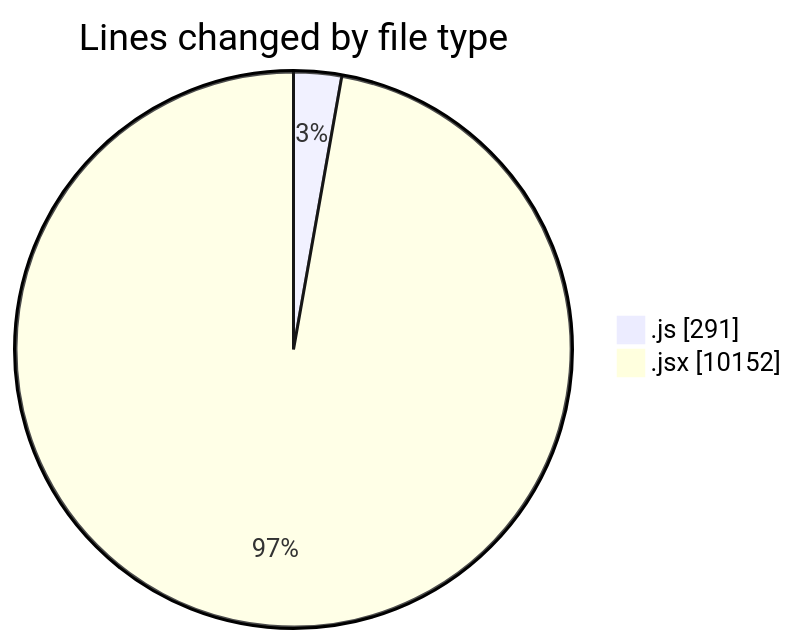
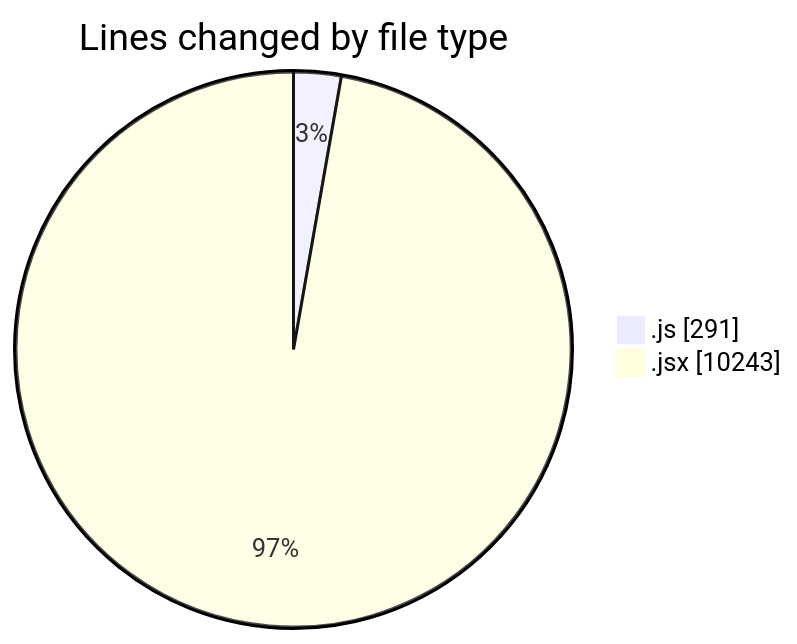
One commit to nxtqubesakshisongat/code-tracking changed the first of 2 diagrams in 2025-07-28/nxtqube_webapp/README.md. Above: the diagram before and after it, drawn with Mermaid. The commit also changed other lines of this file and 1 other file, not shown here.

````diff
--- a/2025-07-28/nxtqube_webapp/README.md
+++ b/2025-07-28/nxtqube_webapp/README.md
@@ -45,6 +45,6 @@
 ```mermaid
 pie showData
 title Lines changed by file type
 ".js" : 291
-".jsx" : 10152
+".jsx" : 10243
 ```
````
